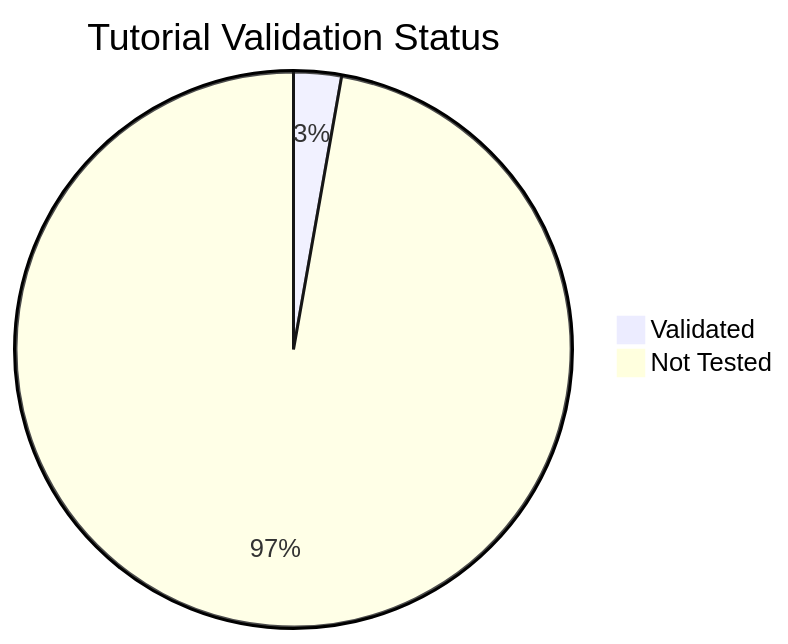
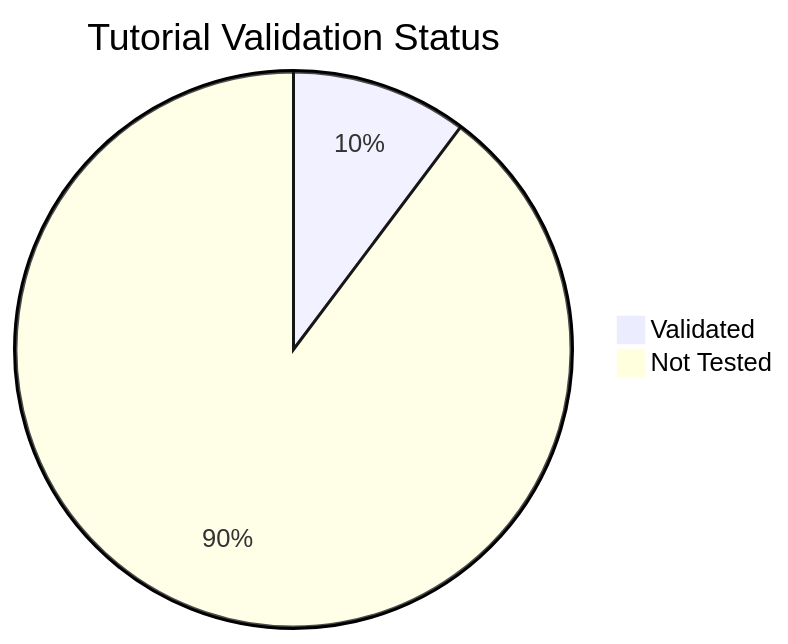
Before and after one commit to yeongseon/azure-container-apps-practical-guide: the diagram in docs/reference/validation-status.md, drawn with Mermaid. The commit also changed other lines of this file and 22 other files, not shown here.

````diff
--- a/docs/reference/validation-status.md
+++ b/docs/reference/validation-status.md
@@ -35,5 +35,5 @@
 ```mermaid
 pie title Tutorial Validation Status
-    "Validated" : 2
+    "Validated" : 8
     "Not Tested" : 70
 ```
````
